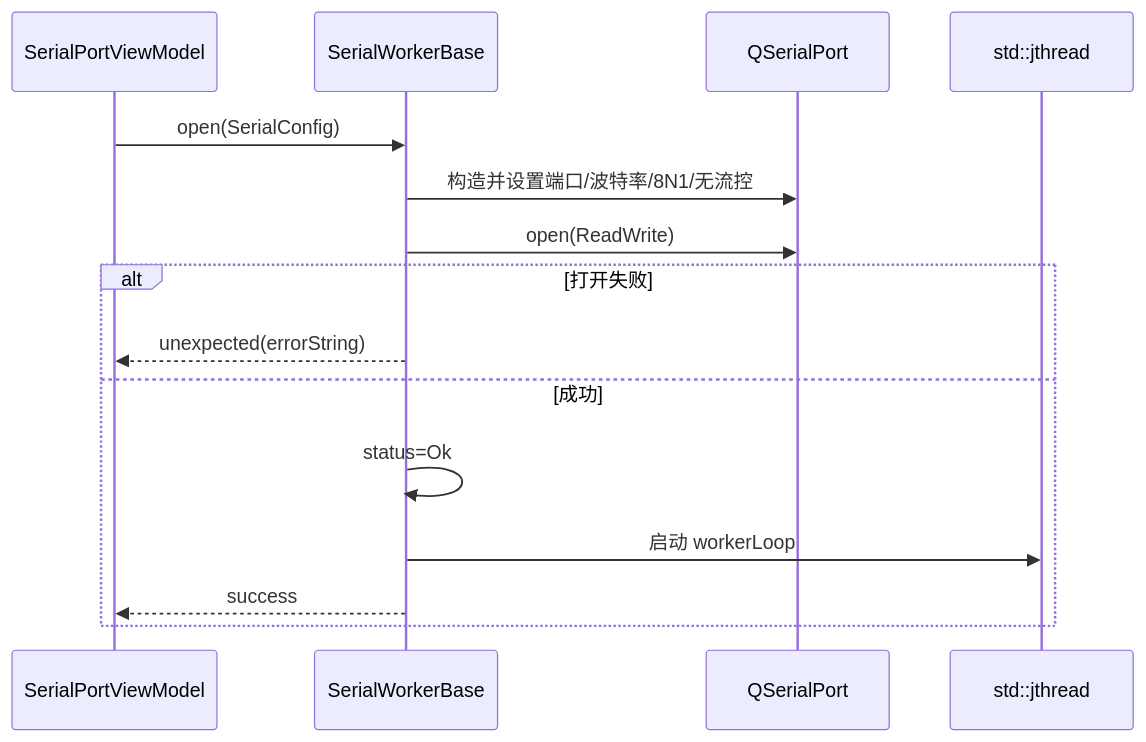
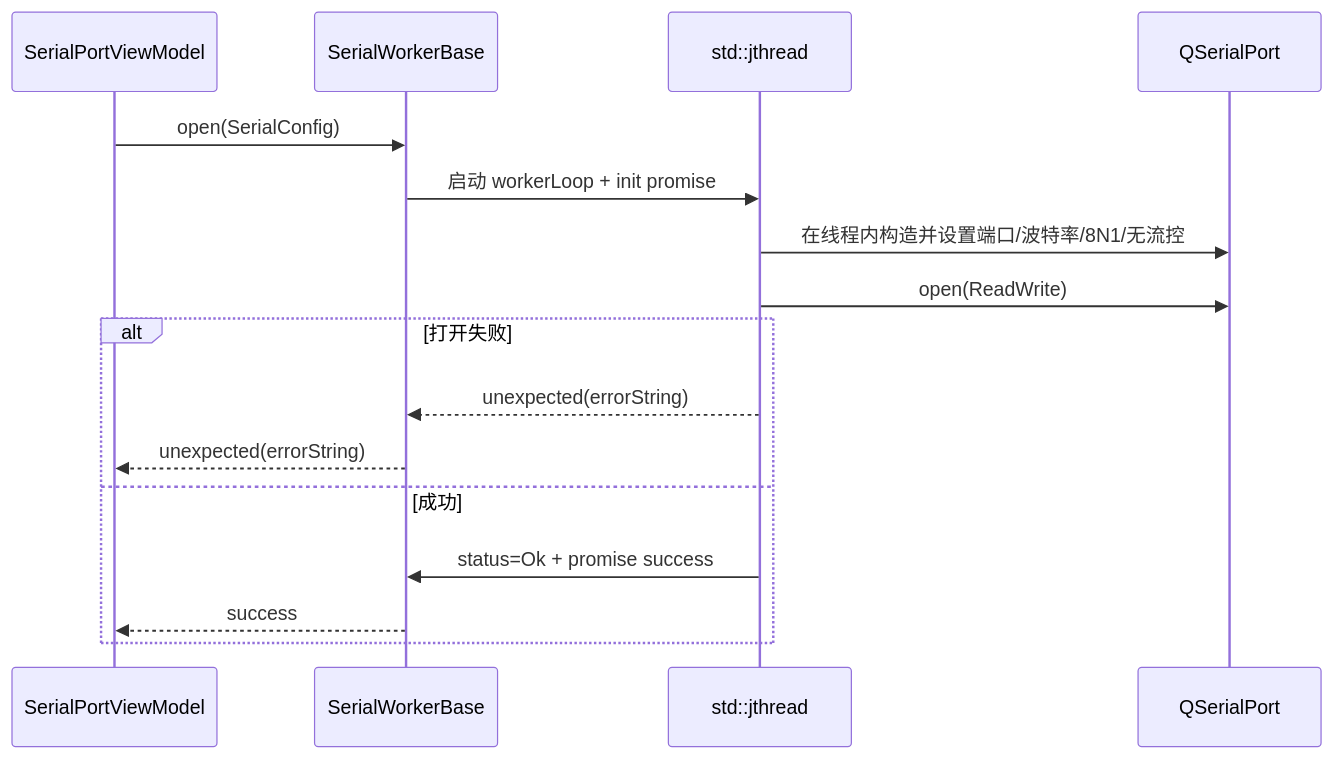
One commit to with-fair-wind/1mZGG changed the third of 6 diagrams in docs/module-comm.md. Above: the diagram before and after it, drawn with Mermaid. The commit also changed other lines of this file and 61 other files, not shown here.

````diff
--- a/docs/module-comm.md
+++ b/docs/module-comm.md
@@ -230,18 +229,19 @@
 ```mermaid
 sequenceDiagram
     participant UI as SerialPortViewModel
     participant Base as SerialWorkerBase
+    participant Worker as std::jthread
     participant Port as QSerialPort
-    participant Worker as std::jthread
 
     UI->>Base: open(SerialConfig)
-    Base->>Port: 构造并设置端口/波特率/8N1/无流控
-    Base->>Port: open(ReadWrite)
+    Base->>Worker: 启动 workerLoop + init promise
+    Worker->>Port: 在线程内构造并设置端口/波特率/8N1/无流控
+    Worker->>Port: open(ReadWrite)
     alt 打开失败
+        Worker-->>Base: unexpected(errorString)
         Base-->>UI: unexpected(errorString)
     else 成功
-        Base->>Base: status=Ok
-        Base->>Worker: 启动 workerLoop
+        Worker->>Base: status=Ok + promise success
         Base-->>UI: success
     end
 ```
````
